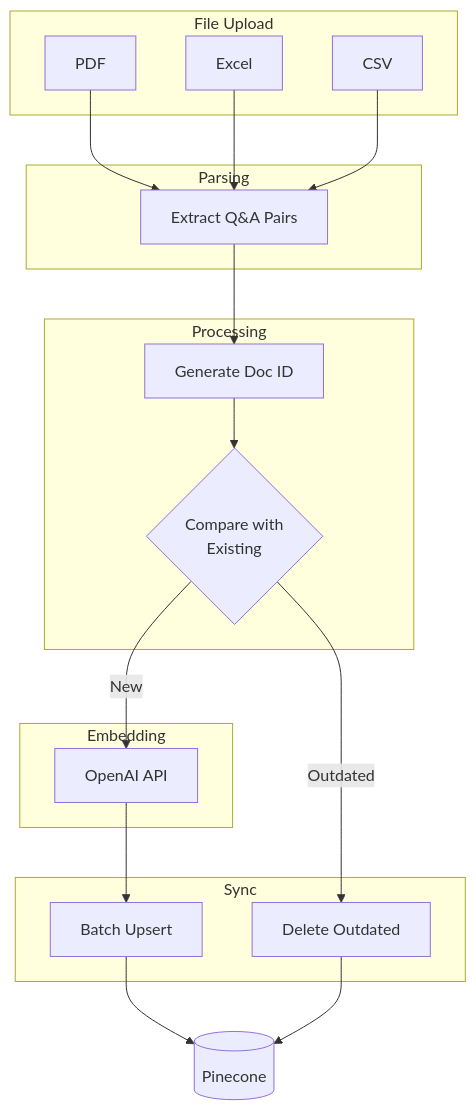
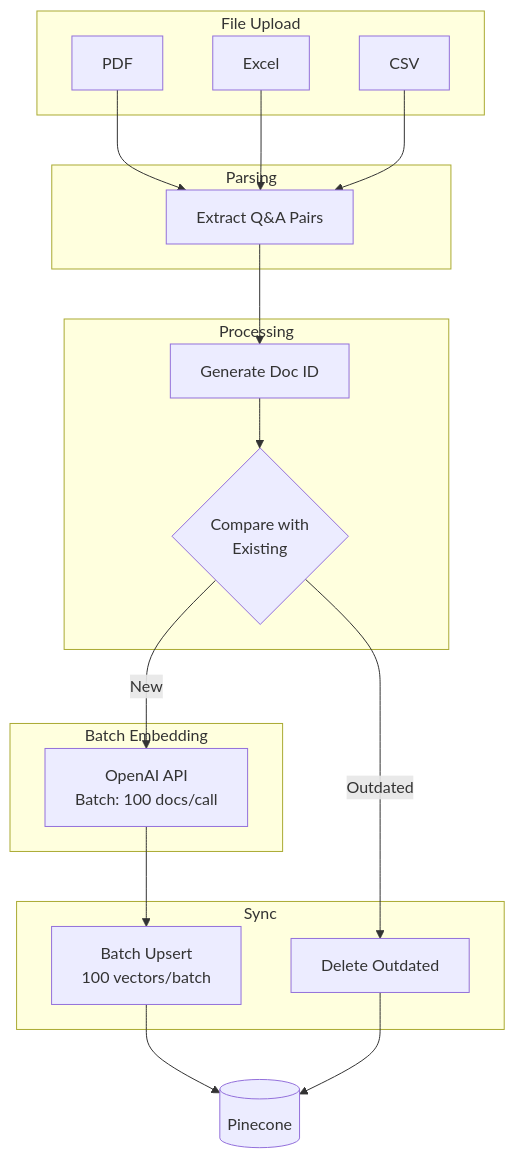
The third of 4 diagrams in architecture.md (albertkingdom/rag-chatbot-demo), drawn with Mermaid before and after one commit. The commit also changed other lines of this file and 1 other file, not shown here.

Commit message:
perf: optimize vector store sync with batch embedding API

````diff
--- a/architecture.md
+++ b/architecture.md
@@ -91,39 +91,39 @@
 ```mermaid
 flowchart TB
     subgraph Upload["File Upload"]
         PDF[PDF]
         XLSX[Excel]
         CSV[CSV]
     end
 
     subgraph Parse["Parsing"]
         Extract[Extract Q&A Pairs]
     end
 
     subgraph Process["Processing"]
         Hash[Generate Doc ID]
         Compare{Compare with<br/>Existing}
     end
 
-    subgraph Embed["Embedding"]
-        OpenAI[OpenAI API]
+    subgraph Embed["Batch Embedding"]
+        OpenAI[OpenAI API<br/>Batch: 100 docs/call]
     end
 
     subgraph Sync["Sync"]
-        Upsert[Batch Upsert]
+        Upsert[Batch Upsert<br/>100 vectors/batch]
         Delete[Delete Outdated]
     end
 
     Pinecone[(Pinecone)]
 
     PDF --> Extract
     XLSX --> Extract
     CSV --> Extract
     Extract --> Hash
     Hash --> Compare
     Compare -->|New| OpenAI
     Compare -->|Outdated| Delete
     OpenAI --> Upsert
     Upsert --> Pinecone
     Delete --> Pinecone
 ```
````
